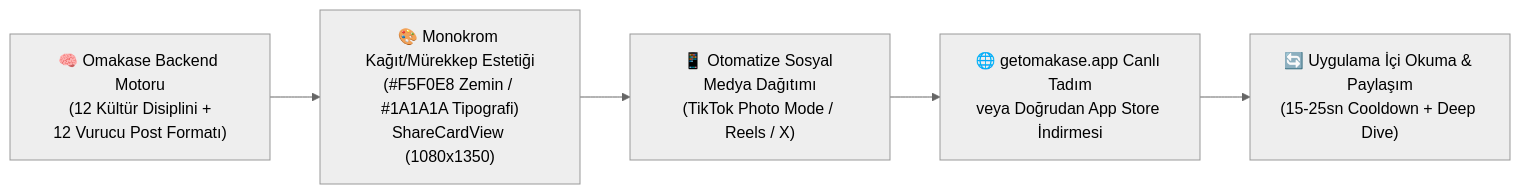
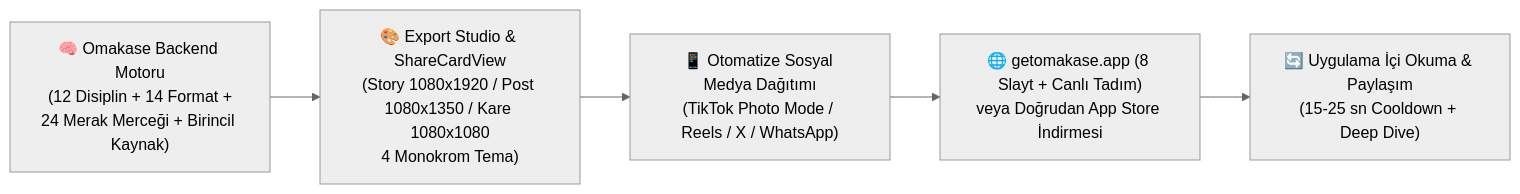
The first of 2 diagrams in docs/pazarlama_ve_dagitim_stratejisi.md (kuzeysinay/omakase), drawn with Mermaid (neutral theme) before and after one commit. The commit also changed other lines of this file and 6 other files, not shown here.

````diff
--- a/docs/pazarlama_ve_dagitim_stratejisi.md
+++ b/docs/pazarlama_ve_dagitim_stratejisi.md
@@ -31,7 +31,7 @@
 ```mermaid
 flowchart LR
-    A["🧠 Omakase Backend Motoru<br/>(12 Kültür Disiplini +<br/>12 Vurucu Post Formatı)"] --> B["🎨 Monokrom Kağıt/Mürekkep Estetiği<br/>(#F5F0E8 Zemin / #1A1A1A Tipografi)<br/>ShareCardView (1080x1350)"]
-    B --> C["📱 Otomatize Sosyal Medya Dağıtımı<br/>(TikTok Photo Mode / Reels / X)"]
-    C --> D["🌐 getomakase.app Canlı Tadım<br/>veya Doğrudan App Store İndirmesi"]
-    D --> E["🔄 Uygulama İçi Okuma & Paylaşım<br/>(15-25sn Cooldown + Deep Dive)"]
+    A["🧠 Omakase Backend Motoru<br/>(12 Disiplin + 14 Format +<br/>24 Merak Merceği + Birincil Kaynak)"] --> B["🎨 Export Studio & ShareCardView<br/>(Story 1080x1920 / Post 1080x1350 / Kare 1080x1080<br/>4 Monokrom Tema)"]
+    B --> C["📱 Otomatize Sosyal Medya Dağıtımı<br/>(TikTok Photo Mode / Reels / X / WhatsApp)"]
+    C --> D["🌐 getomakase.app (8 Slayt + Canlı Tadım)<br/>veya Doğrudan App Store İndirmesi"]
+    D --> E["🔄 Uygulama İçi Okuma & Paylaşım<br/>(15-25 sn Cooldown + Deep Dive)"]
 ```
````
